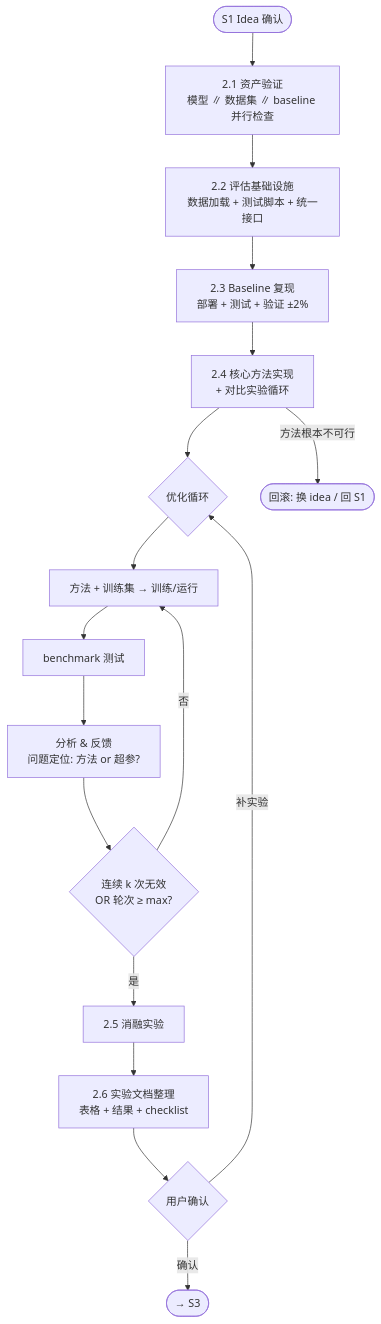
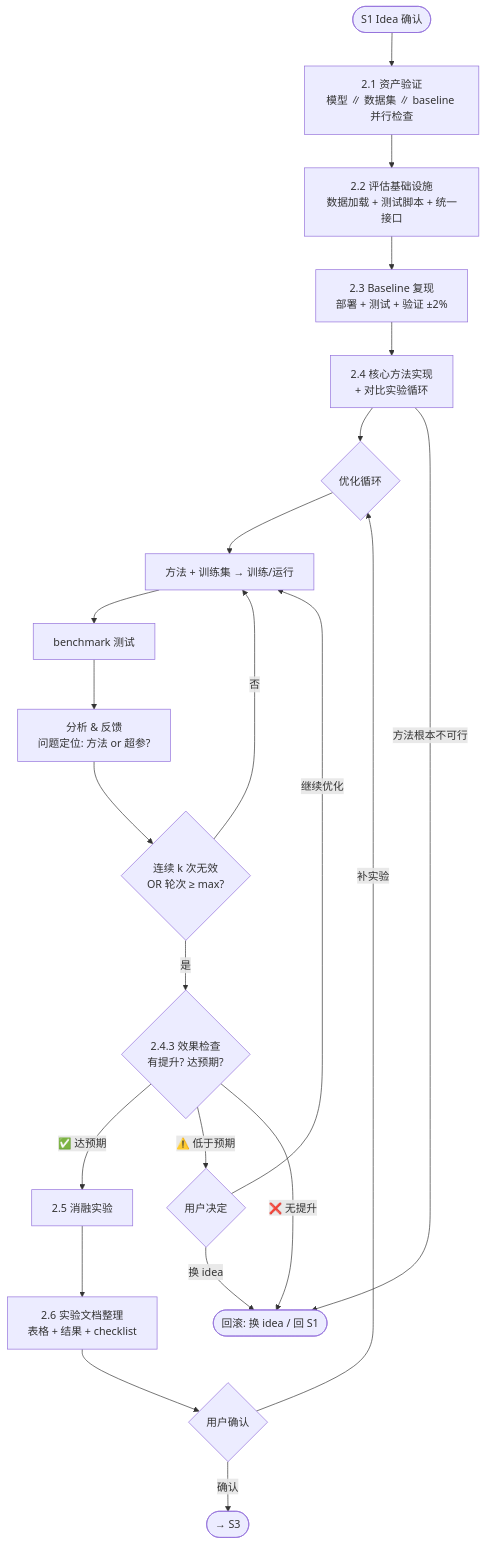
The diagram in auto-research-s2-flow/SKILL.md (JZAO20L/nano-auto-research), drawn with Mermaid before and after one commit. The commit also changed other lines of this file, not shown here.

Commit message:
feat: S2 add 2.4.3 effectiveness gate — no improvement means no ablation, rollback instead

````diff
--- a/auto-research-s2-flow/SKILL.md
+++ b/auto-research-s2-flow/SKILL.md
@@ -12,19 +12,24 @@
 ```mermaid
 flowchart TD
     START([S1 Idea 确认]) --> V[2.1 资产验证<br/>模型 ∥ 数据集 ∥ baseline 并行检查]
     V --> INFRA[2.2 评估基础设施<br/>数据加载 + 测试脚本 + 统一接口]
     INFRA --> BASE[2.3 Baseline 复现<br/>部署 + 测试 + 验证 ±2%]
     BASE --> IMPL[2.4 核心方法实现<br/>+ 对比实验循环]
     IMPL --> LOOP{优化循环}
     LOOP --> RUN[方法 + 训练集 → 训练/运行]
     RUN --> TEST[benchmark 测试]
     TEST --> ANALYZE[分析 & 反馈<br/>问题定位: 方法 or 超参?]
     ANALYZE --> CONV{连续 k 次无效<br/>OR 轮次 ≥ max?}
     CONV -->|否| RUN
-    CONV -->|是| ABL[2.5 消融实验]
+    CONV -->|是| CHECK{2.4.3 效果检查<br/>有提升? 达预期?}
+    CHECK -->|✅ 达预期| ABL[2.5 消融实验]
+    CHECK -->|⚠️ 低于预期| USER{用户决定}
+    USER -->|继续优化| RUN
+    USER -->|换 idea| ROLLBACK
+    CHECK -->|❌ 无提升| ROLLBACK
     ABL --> DOC[2.6 实验文档整理<br/>表格 + 结果 + checklist]
     DOC --> GATE{用户确认}
     GATE -->|确认| OUT([→ S3])
     GATE -->|补实验| LOOP
     IMPL -->|方法根本不可行| ROLLBACK([回滚: 换 idea / 回 S1])
 ```
````
